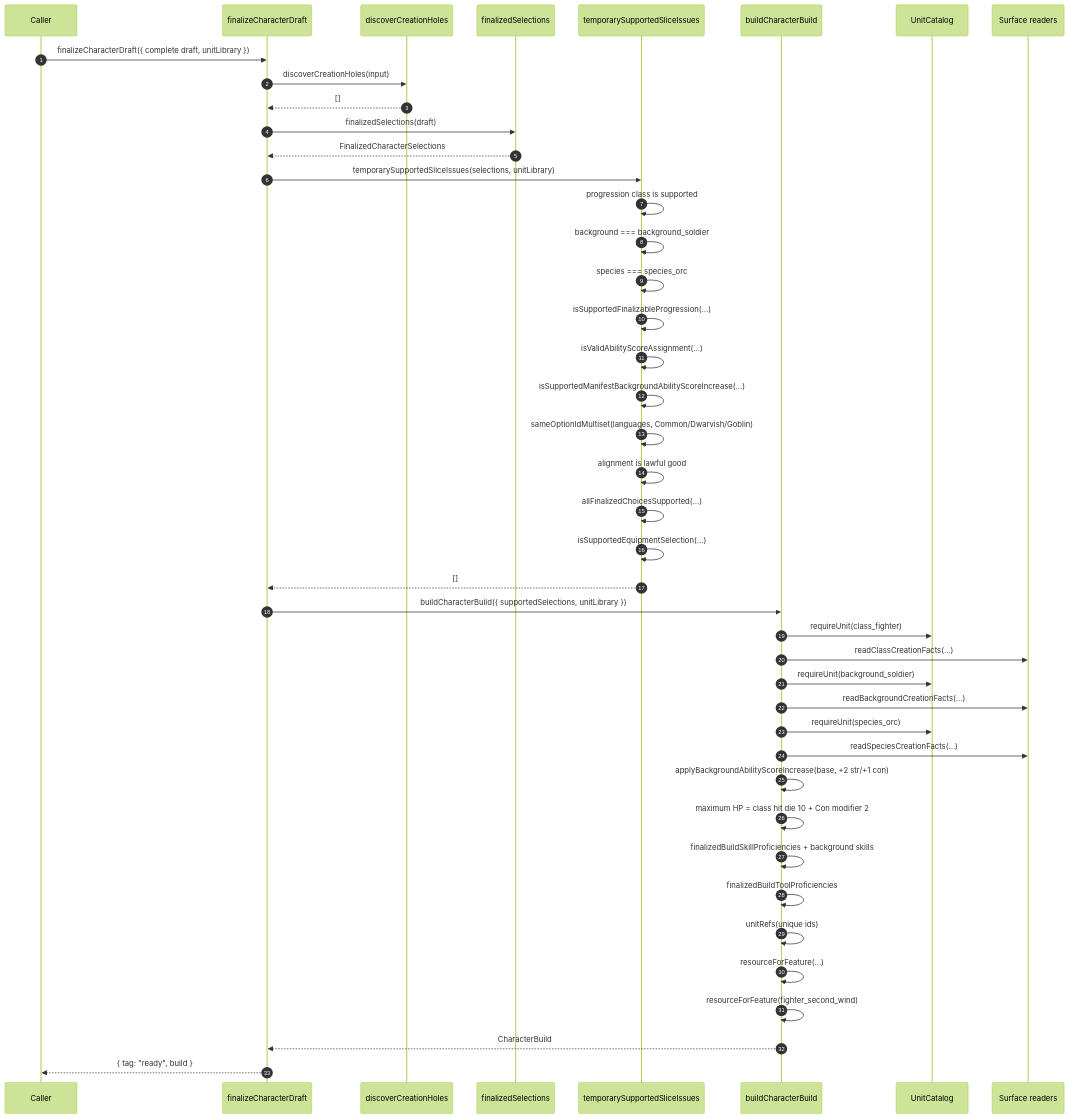
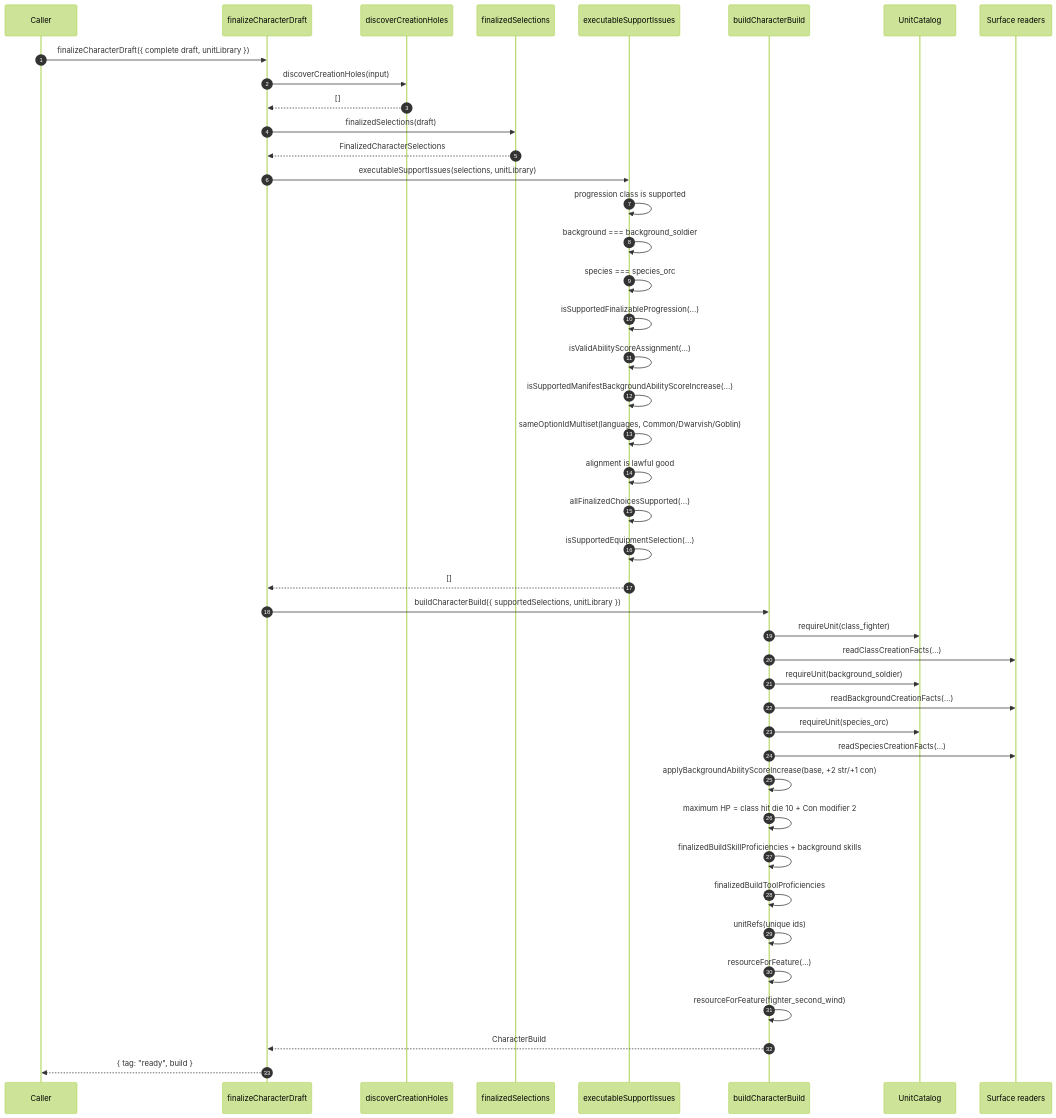
The ninth of 10 diagrams in packages/character-creation-runtime/EXPLANATORY_TIME_DIAGRAM.md (dearlordylord/5e-quint), drawn with Mermaid (forest theme) before and after one commit. The commit also changed other lines of this file and 32 other files, not shown here.

````diff
--- a/packages/character-creation-runtime/EXPLANATORY_TIME_DIAGRAM.md
+++ b/packages/character-creation-runtime/EXPLANATORY_TIME_DIAGRAM.md
@@ -474,46 +474,46 @@
 ```mermaid
 sequenceDiagram
   autonumber
   participant Caller
   participant Runtime as finalizeCharacterDraft
   participant Discover as discoverCreationHoles
   participant Narrow as finalizedSelections
-  participant Legal as temporarySupportedSliceIssues
+  participant Legal as executableSupportIssues
   participant Build as buildCharacterBuild
   participant Catalog as UnitCatalog
   participant Surface as Surface readers
 
   Caller->>Runtime: finalizeCharacterDraft({ complete draft, unitLibrary })
   Runtime->>Discover: discoverCreationHoles(input)
   Discover-->>Runtime: []
   Runtime->>Narrow: finalizedSelections(draft)
   Narrow-->>Runtime: FinalizedCharacterSelections
-  Runtime->>Legal: temporarySupportedSliceIssues(selections, unitLibrary)
+  Runtime->>Legal: executableSupportIssues(selections, unitLibrary)
   Legal->>Legal: progression class is supported
   Legal->>Legal: background === background_soldier
   Legal->>Legal: species === species_orc
   Legal->>Legal: isSupportedFinalizableProgression(...)
   Legal->>Legal: isValidAbilityScoreAssignment(...)
   Legal->>Legal: isSupportedManifestBackgroundAbilityScoreIncrease(...)
   Legal->>Legal: sameOptionIdMultiset(languages, Common/Dwarvish/Goblin)
   Legal->>Legal: alignment is lawful good
   Legal->>Legal: allFinalizedChoicesSupported(...)
   Legal->>Legal: isSupportedEquipmentSelection(...)
   Legal-->>Runtime: []
   Runtime->>Build: buildCharacterBuild({ supportedSelections, unitLibrary })
   Build->>Catalog: requireUnit(class_fighter)
   Build->>Surface: readClassCreationFacts(...)
   Build->>Catalog: requireUnit(background_soldier)
   Build->>Surface: readBackgroundCreationFacts(...)
   Build->>Catalog: requireUnit(species_orc)
   Build->>Surface: readSpeciesCreationFacts(...)
   Build->>Build: applyBackgroundAbilityScoreIncrease(base, +2 str/+1 con)
   Build->>Build: maximum HP = class hit die 10 + Con modifier 2
   Build->>Build: finalizedBuildSkillProficiencies + background skills
   Build->>Build: finalizedBuildToolProficiencies
   Build->>Build: unitRefs(unique ids)
   Build->>Build: resourceForFeature(...)
   Build->>Build: resourceForFeature(fighter_second_wind)
   Build-->>Runtime: CharacterBuild
   Runtime-->>Caller: { tag: "ready", build }
 ```
````
